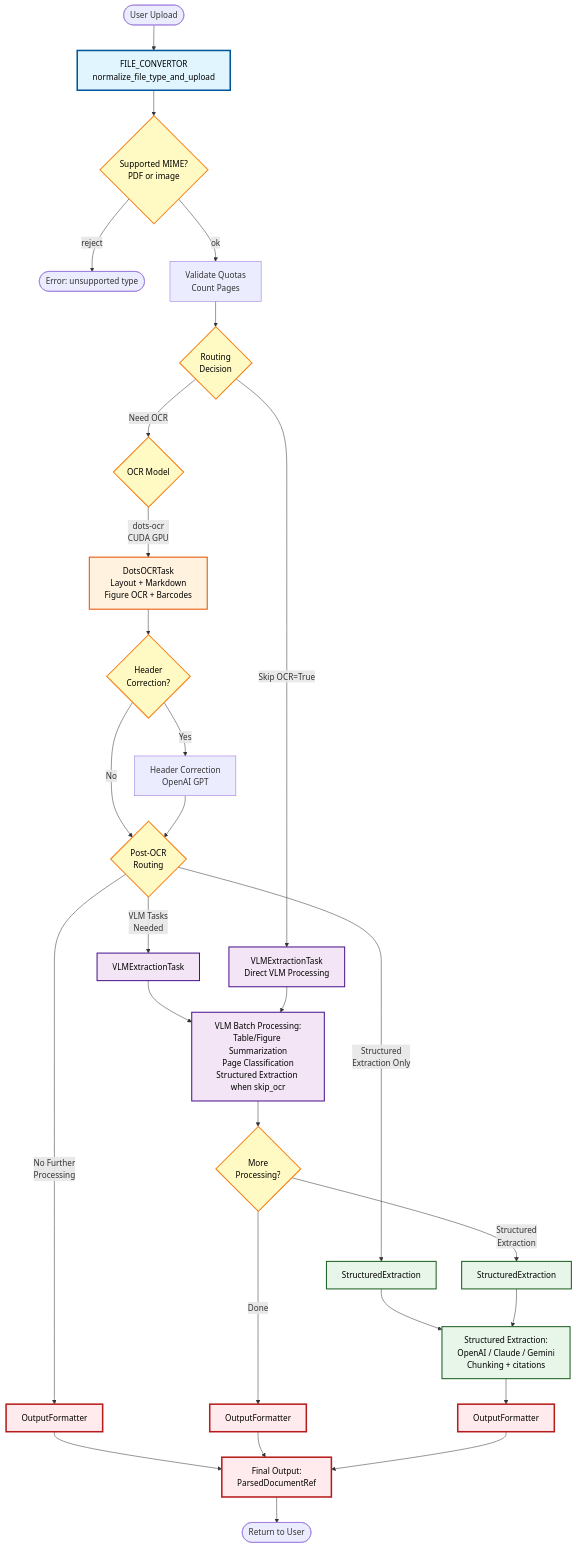
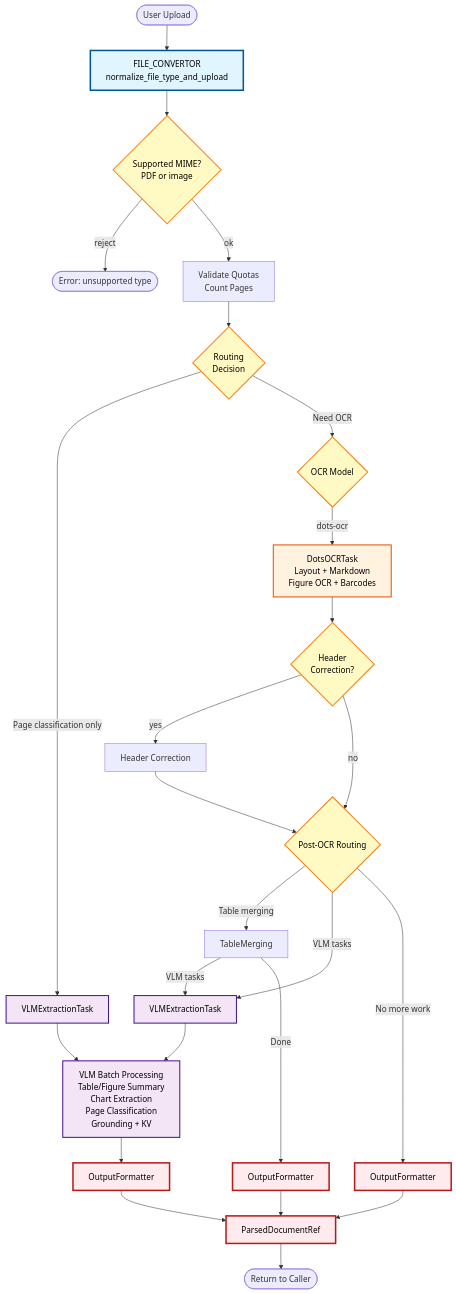
One commit to nick-wisniewski/stern-open-ingest changed the first of 3 diagrams in docs/pipeline.md. Above: the diagram before and after it, drawn with Mermaid. The commit also changed other lines of this file and 46 other files, not shown here.

Commit message:
Drop structured extraction feature

````diff
--- a/docs/pipeline.md
+++ b/docs/pipeline.md
@@ -35,56 +13,46 @@
 ```mermaid
 flowchart TD
     Start([User Upload]) --> FileConv[FILE_CONVERTOR<br/>normalize_file_type_and_upload]
-    
+
     FileConv --> Validate{Supported MIME?<br/>PDF or image}
     Validate -->|reject| EndReject([Error: unsupported type])
     Validate -->|ok| ValidateQuota[Validate Quotas<br/>Count Pages]
-    
+
     ValidateQuota --> Route{Routing<br/>Decision}
-    
-    Route -->|Skip OCR=True| VLMDirect[VLMExtractionTask<br/>Direct VLM Processing]
-    
+    Route -->|Page classification only| VLMDirect[VLMExtractionTask]
     Route -->|Need OCR| OCRSelect{OCR Model}
-    OCRSelect -->|dots-ocr<br/>CUDA GPU| DotsOCR[DotsOCRTask<br/>Layout + Markdown<br/>Figure OCR + Barcodes]
-    
+
+    OCRSelect -->|dots-ocr| DotsOCR[DotsOCRTask<br/>Layout + Markdown<br/>Figure OCR + Barcodes]
     DotsOCR --> HeaderOpt{Header<br/>Correction?}
-    HeaderOpt -->|Yes| HeaderCorr[Header Correction<br/>OpenAI GPT]
-    HeaderOpt -->|No| PostOCR
-    HeaderCorr --> PostOCR{Post-OCR<br/>Routing}
-    
-    PostOCR -->|No Further<br/>Processing| OutOCR[OutputFormatter]
-    PostOCR -->|VLM Tasks<br/>Needed| VLMTask[VLMExtractionTask]
-    PostOCR -->|Structured<br/>Extraction Only| SETask[StructuredExtraction]
-    
-    VLMTask --> VLMProcess[VLM Batch Processing:<br/>Table/Figure Summarization<br/>Page Classification<br/>Structured Extraction when skip_ocr]
-    VLMDirect --> VLMProcess
-    
-    VLMProcess --> VLMRoute{More<br/>Processing?}
-    VLMRoute -->|Structured<br/>Extraction| SEFromVLM[StructuredExtraction]
-    VLMRoute -->|Done| OutVLM[OutputFormatter]
-    
-    SETask --> SEProcess[Structured Extraction:<br/>OpenAI / Claude / Gemini<br/>Chunking + citations]
-    SEFromVLM --> SEProcess
-    
-    SEProcess --> OutSE[OutputFormatter]
-    
-    OutOCR --> Final[Final Output:<br/>ParsedDocumentRef]
+    HeaderOpt -->|yes| HeaderCorr[Header Correction]
+    HeaderOpt -->|no| PostOCR
+    HeaderCorr --> PostOCR{Post-OCR Routing}
+
+    PostOCR -->|Table merging| TableMerging[TableMerging]
+    PostOCR -->|VLM tasks| VLMTask[VLMExtractionTask]
+    PostOCR -->|No more work| OutOCR[OutputFormatter]
+
+    TableMerging -->|VLM tasks| VLMTask
+    TableMerging -->|Done| OutTable[OutputFormatter]
+
+    VLMDirect --> VLMProcess[VLM Batch Processing<br/>Table/Figure Summary<br/>Chart Extraction<br/>Page Classification<br/>Grounding + KV]
+    VLMTask --> VLMProcess
+    VLMProcess --> OutVLM[OutputFormatter]
+
+    OutOCR --> Final[ParsedDocumentRef]
+    OutTable --> Final
     OutVLM --> Final
-    OutSE --> Final
-    
-    Final --> End([Return to User])
-    
-    classDef entryPoint fill:#e1f5ff,stroke:#01579b,stroke-width:3px,color:#000
-    classDef ocrModel fill:#fff3e0,stroke:#e65100,stroke-width:2px,color:#000
-    classDef vlmTask fill:#f3e5f5,stroke:#4a148c,stroke-width:2px,color:#000
-    classDef structTask fill:#e8f5e9,stroke:#1b5e20,stroke-width:2px,color:#000
+    Final --> End([Return to Caller])
+
+    classDef entry fill:#e1f5ff,stroke:#01579b,stroke-width:3px,color:#000
+    classDef ocr fill:#fff3e0,stroke:#e65100,stroke-width:2px,color:#000
+    classDef vlm fill:#f3e5f5,stroke:#4a148c,stroke-width:2px,color:#000
     classDef output fill:#ffebee,stroke:#b71c1c,stroke-width:3px,color:#000
     classDef decision fill:#fff9c4,stroke:#f57f17,stroke-width:2px,color:#000
-    
-    class FileConv entryPoint
-    class DotsOCR ocrModel
-    class VLMTask,VLMDirect,VLMProcess vlmTask
-    class SETask,SEFromVLM,SEProcess structTask
-    class OutOCR,OutVLM,OutSE,Final output
-    class Validate,Route,OCRSelect,HeaderOpt,PostOCR,VLMRoute decision
+
+    class FileConv entry
+    class DotsOCR ocr
+    class VLMDirect,VLMTask,VLMProcess vlm
+    class OutOCR,OutTable,OutVLM,Final output
+    class Validate,Route,OCRSelect,HeaderOpt,PostOCR decision
 ```
````
